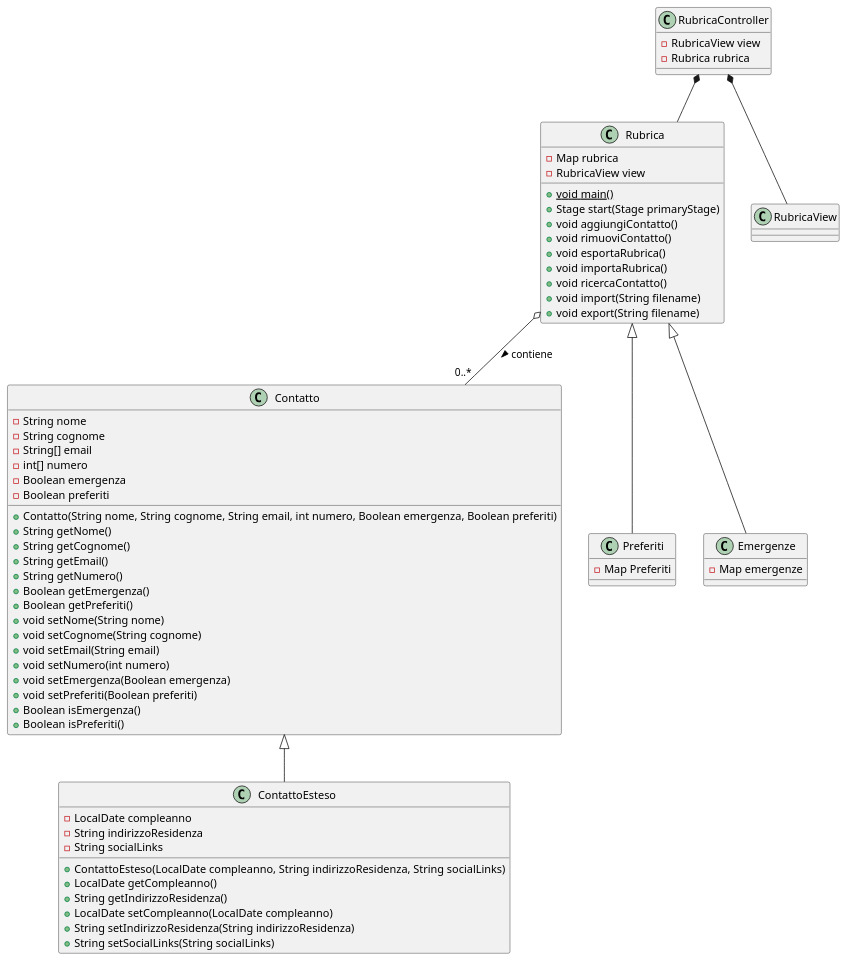
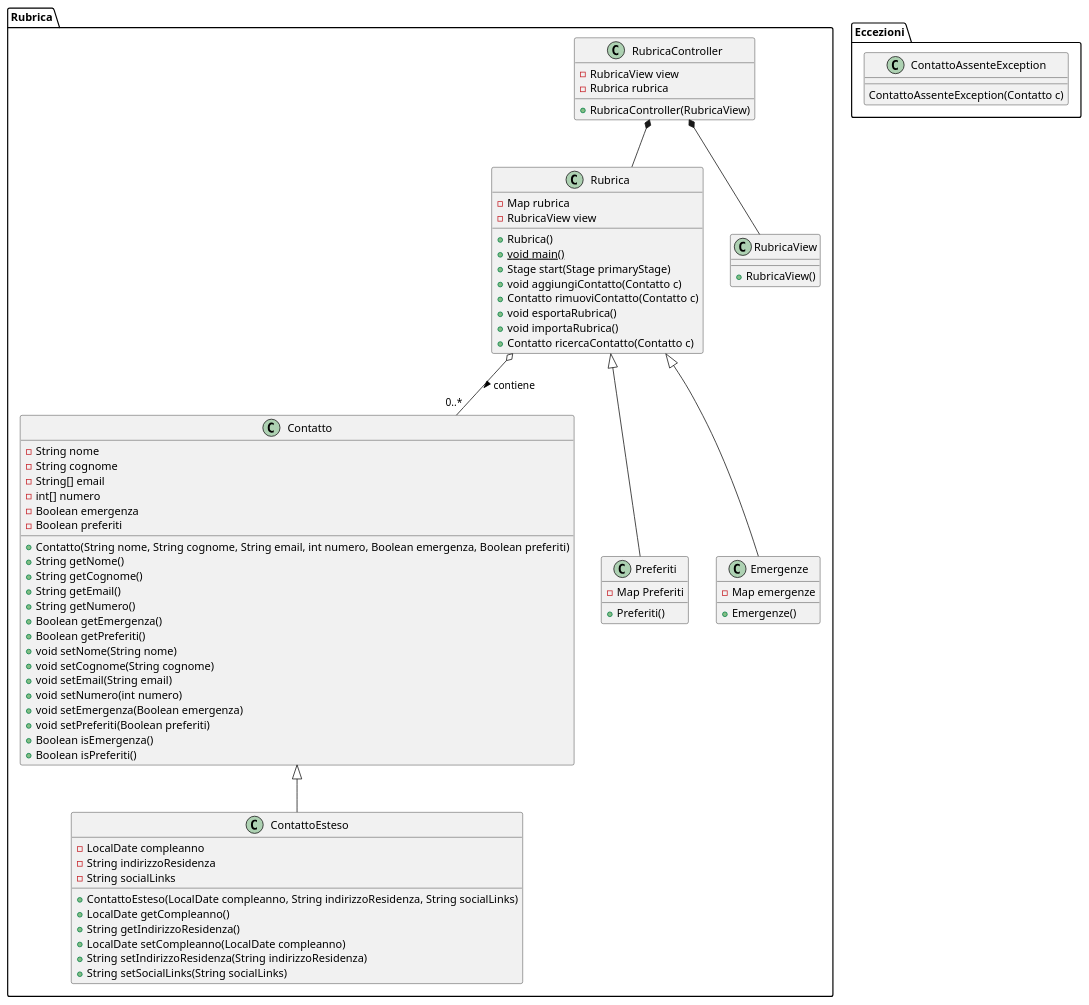
One commit to emanueletocci/uni-swe-project changed the diagram in docs/bozze/Diagrammi/Classi/DiagrammiClassi.puml. Above: the diagram before and after it, drawn with PlantUML. The commit also changed 4 other files, not shown here.

Commit message:
Aggiornamento diagramma classi

```diff
--- a/docs/bozze/Diagrammi/Classi/DiagrammiClassi.puml
+++ b/docs/bozze/Diagrammi/Classi/DiagrammiClassi.puml
@@ -1,75 +1,85 @@
 @startuml
+package Rubrica {
 class Contatto {
   - String nome
   - String cognome
   - String[] email
   - int[] numero
   - Boolean emergenza
   - Boolean preferiti
   + Contatto(String nome, String cognome, String email, int numero, Boolean emergenza, Boolean preferiti)
   + String getNome()
   + String getCognome()
   + String getEmail()
   + String getNumero()
   + Boolean getEmergenza()
   + Boolean getPreferiti()
   + void setNome(String nome)
   + void setCognome(String cognome)
   + void setEmail(String email)
   + void setNumero(int numero)
   + void setEmergenza(Boolean emergenza)
   + void setPreferiti(Boolean preferiti)
   + Boolean isEmergenza()
   + Boolean isPreferiti()
 }
 
 class ContattoEsteso {
   - LocalDate compleanno
   - String indirizzoResidenza
   - String socialLinks
   + ContattoEsteso(LocalDate compleanno, String indirizzoResidenza, String socialLinks)
   + LocalDate getCompleanno()
   + String getIndirizzoResidenza()
   + LocalDate setCompleanno(LocalDate compleanno)
   + String setIndirizzoResidenza(String indirizzoResidenza)
   + String setSocialLinks(String socialLinks)
 }
 
 class Rubrica {
   - Map rubrica
   - RubricaView view
+  + Rubrica()
   + void {static} main()
   + Stage start(Stage primaryStage)
-  + void aggiungiContatto()
-  + void rimuoviContatto()
+  + void aggiungiContatto(Contatto c)
+  + Contatto rimuoviContatto(Contatto c)
   + void esportaRubrica()
   + void importaRubrica()
-  + void ricercaContatto()
-  + void import(String filename)
-  + void export(String filename)
+  + Contatto ricercaContatto(Contatto c)
 }
 
 class Preferiti {
   - Map Preferiti
+  + Preferiti()
 }
 
 class Emergenze {
   - Map emergenze
+  + Emergenze()
 }
 
 class RubricaView {
-
+  + RubricaView()
 }
 
 class RubricaController {
-  - RubricaView view
+  - RubricaView view  
   - Rubrica rubrica
+  + RubricaController(RubricaView)
 }
 
 Contatto <|-- ContattoEsteso
 Rubrica o-- "0..*" Contatto : contiene >
 Rubrica <|-- Preferiti
 Rubrica <|-- Emergenze
 RubricaController *-- Rubrica
 RubricaController *-- RubricaView
+}
+package Eccezioni {
+  class ContattoAssenteException{
+    ContattoAssenteException(Contatto c)
+  }
+}
+
 @enduml
```
